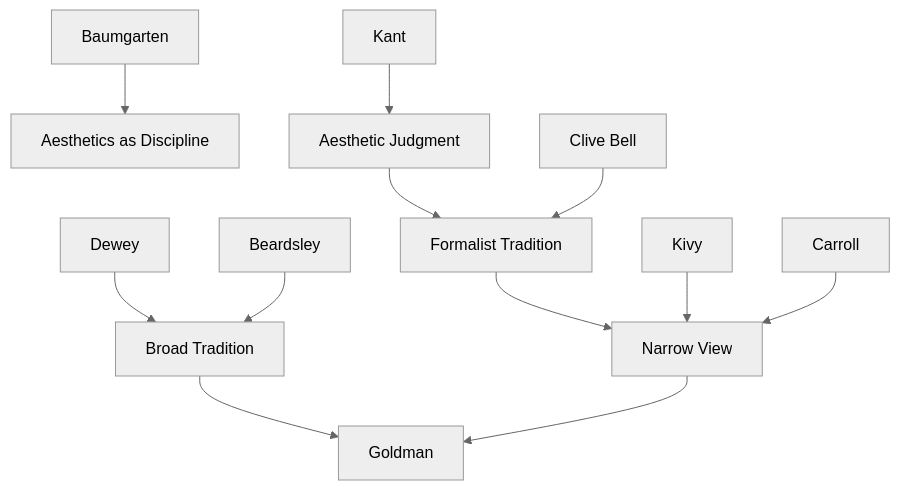
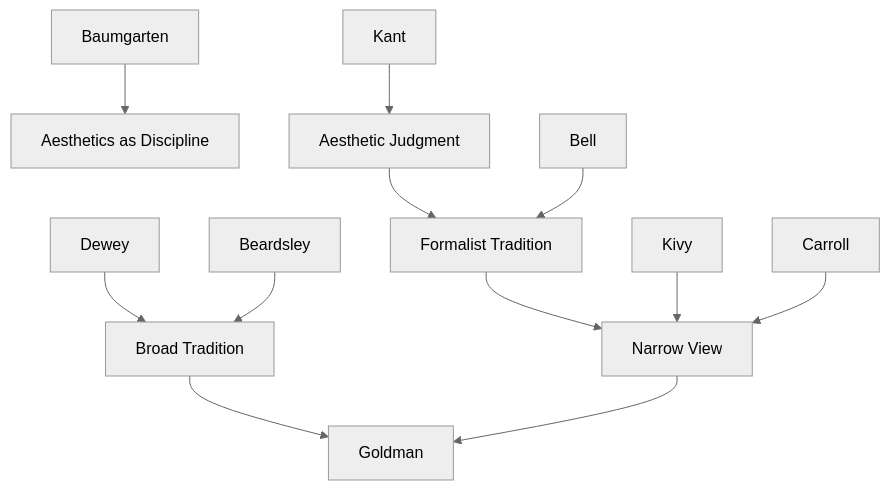
The diagram in content/The Broad View of Aesthetic Experience.md (graph-ist/zettelkasten), drawn with Mermaid (neutral theme) before and after one commit. The commit also changed other lines of this file and 138 other files, not shown here.

````diff
--- a/content/The Broad View of Aesthetic Experience.md
+++ b/content/The Broad View of Aesthetic Experience.md
@@ -51,16 +51,16 @@
 ```mermaid
 flowchart TD
-    Baumgarten[Baumgarten] --> Aesthetics[Aesthetics as Discipline]
-    Kant[Kant] --> AestheticJudgment[Aesthetic Judgment]
+    Baumgarten --> Aesthetics[Aesthetics as Discipline]
+    Kant --> AestheticJudgment[Aesthetic Judgment]
     AestheticJudgment --> FormalistTradition[Formalist Tradition]
-    Bell[Clive Bell] --> FormalistTradition
+    Bell --> FormalistTradition
     FormalistTradition --> NarrowView[Narrow View]
-    Kivy[Kivy] --> NarrowView
-    Carroll[Carroll] --> NarrowView
-    Dewey[Dewey] --> BroadTradition[Broad Tradition]
-    Beardsley[Beardsley] --> BroadTradition
-    BroadTradition --> Goldman[Goldman]
+    Kivy --> NarrowView
+    Carroll --> NarrowView
+    Dewey --> BroadTradition[Broad Tradition]
+    Beardsley --> BroadTradition
+    BroadTradition --> Goldman
     NarrowView --> Goldman
 
     class Baumgarten,Aesthetics,Kant,AestheticJudgment,FormalistTradition,Bell,NarrowView,Kivy,Carroll,Dewey,BroadTradition,Beardsley,Goldman internal-link;
 ```
````
